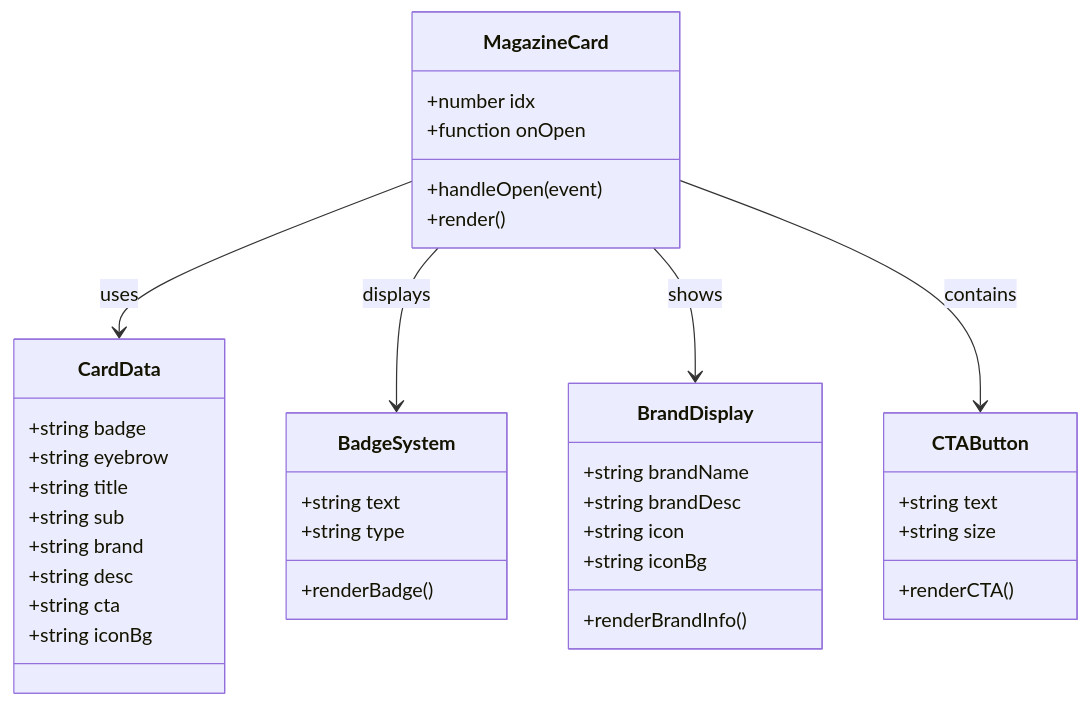
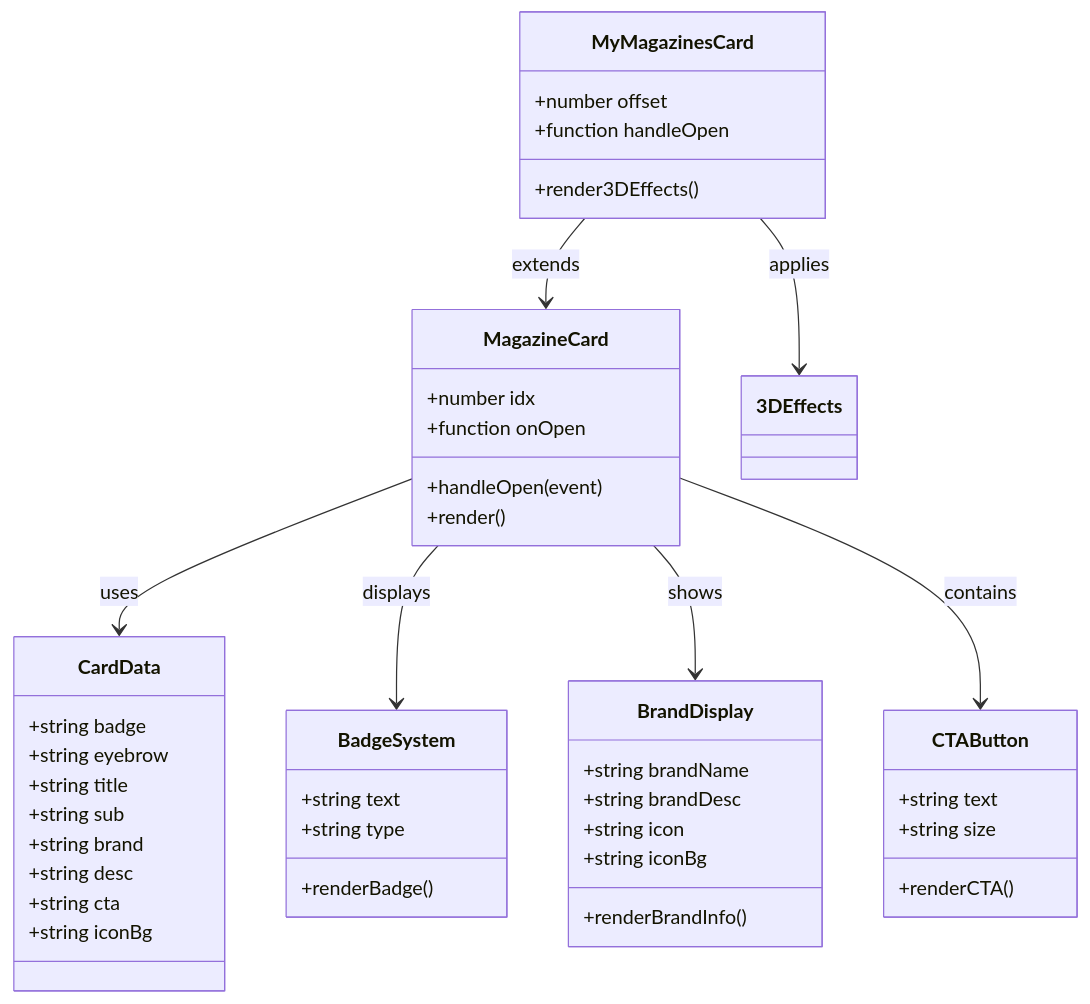
Before and after one commit to billye220670/newSquare: the second of 16 diagrams in .qoder/repowiki/zh/content/内容卡片系统/杂志封面卡片.md, drawn with Mermaid. The commit also changed other lines of this file and 7 other files, not shown here.

````diff
--- a/.qoder/repowiki/zh/content/内容卡片系统/杂志封面卡片.md
+++ b/.qoder/repowiki/zh/content/内容卡片系统/杂志封面卡片.md
@@ -71,40 +81,47 @@
 ```mermaid
 classDiagram
 class MagazineCard {
 +number idx
 +function onOpen
 +handleOpen(event)
 +render()
 }
 class CardData {
 +string badge
 +string eyebrow
 +string title
 +string sub
 +string brand
 +string desc
 +string cta
 +string iconBg
 }
 class BadgeSystem {
 +string text
 +string type
 +renderBadge()
 }
 class BrandDisplay {
 +string brandName
 +string brandDesc
 +string icon
 +string iconBg
 +renderBrandInfo()
 }
 class CTAButton {
 +string text
 +string size
 +renderCTA()
 }
+class MyMagazinesCard {
++number offset
++function handleOpen
++render3DEffects()
+}
 MagazineCard --> CardData : uses
 MagazineCard --> BadgeSystem : displays
 MagazineCard --> BrandDisplay : shows
 MagazineCard --> CTAButton : contains
+MyMagazinesCard --> MagazineCard : extends
+MyMagazinesCard --> 3DEffects : applies
 ```
````
